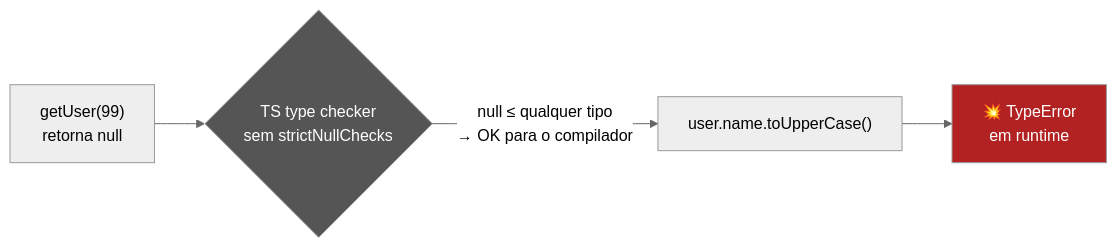
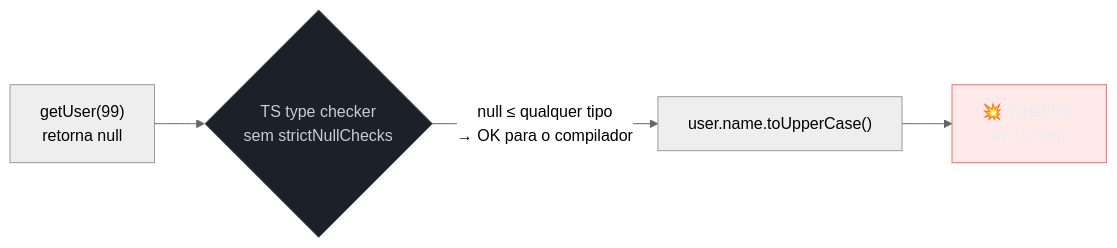
The first of 5 diagrams in 03-Dominios/Tecnologia/TypeScript/05 - strictNullChecks - null, undefined e optional.md (josenaldo/codex-technomanticus), drawn with Mermaid (neutral theme) before and after one commit. The commit also changed other lines of this file and 1181 other files, not shown here.

First line of the commit message:
fix(diagramas): paleta do sistema no lugar de cor cravada no markdown

````diff
--- a/03-Dominios/Tecnologia/TypeScript/05 - strictNullChecks - null, undefined e optional.md
+++ b/03-Dominios/Tecnologia/TypeScript/05 - strictNullChecks - null, undefined e optional.md
@@ -59,14 +59,16 @@
 ```mermaid
 flowchart LR
+    classDef falha fill:#FF6B6B24,stroke:#FF6B6B,color:#E9ECF2
+    classDef neutro fill:#1B2029,stroke:#4E5666,color:#C6CCD8
     A["getUser(99)\nretorna null"]
     B{"TS type checker\nsem strictNullChecks"}
     C["user.name.toUpperCase()"]
     D["💥 TypeError\nem runtime"]
 
     A --> B
     B -->|"null ≤ qualquer tipo\n→ OK para o compilador"| C
     C --> D
 
-    style D fill:#b22222,color:#fff
-    style B fill:#555,color:#fff
+    class D falha
+    class B neutro
 ```
````
